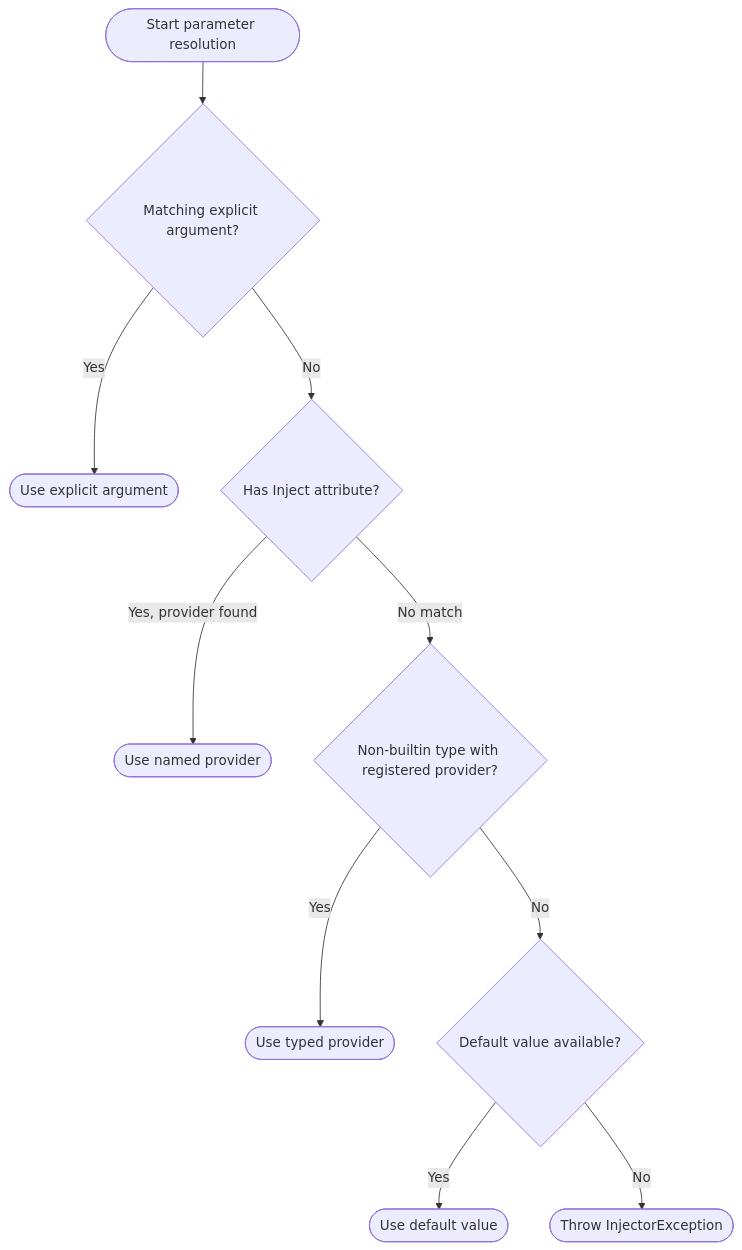
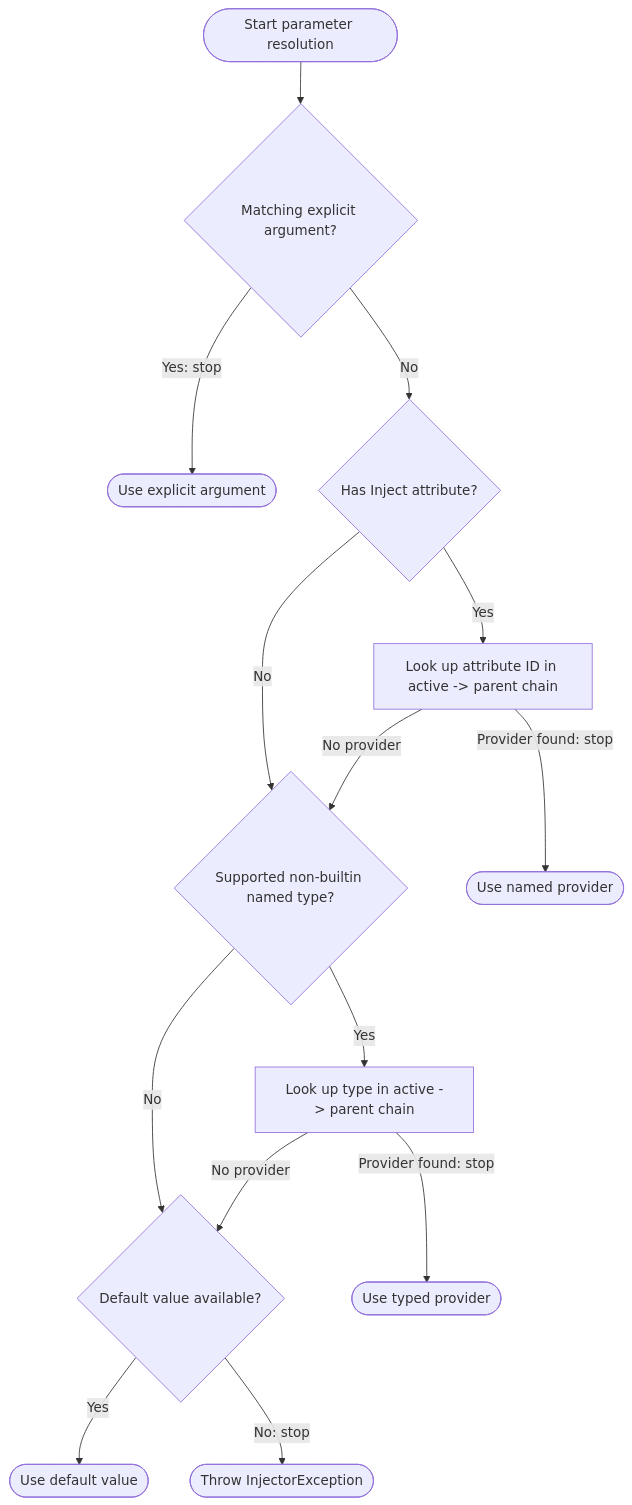
One commit to dvictorjhg/php-injector changed the first of 2 diagrams in README.md. Above: the diagram before and after it, drawn with Mermaid. The commit also changed other lines of this file and 1 other file, not shown here.

````diff
--- a/README.md
+++ b/README.md
@@ -514,12 +574,16 @@
 ```mermaid
 flowchart TD
     start([Start parameter resolution]) --> args{Matching explicit argument?}
-    args -->|Yes| done([Use explicit argument])
+    args -->|Yes: stop| done([Use explicit argument])
     args -->|No| attr{Has Inject attribute?}
-    attr -->|Yes, provider found| attrDone([Use named provider])
-    attr -->|No match| typed{Non-builtin type with registered provider?}
-    typed -->|Yes| typedDone([Use typed provider])
+    attr -->|Yes| attrLookup[Look up attribute ID in active -> parent chain]
+    attr -->|No| typed{Supported non-builtin named type?}
+    attrLookup -->|Provider found: stop| attrDone([Use named provider])
+    attrLookup -->|No provider| typed
+    typed -->|Yes| typedLookup[Look up type in active -> parent chain]
     typed -->|No| default{Default value available?}
+    typedLookup -->|Provider found: stop| typedDone([Use typed provider])
+    typedLookup -->|No provider| default
     default -->|Yes| defaultDone([Use default value])
-    default -->|No| error([Throw InjectorException])
+    default -->|No: stop| error([Throw InjectorException])
 ```
````
